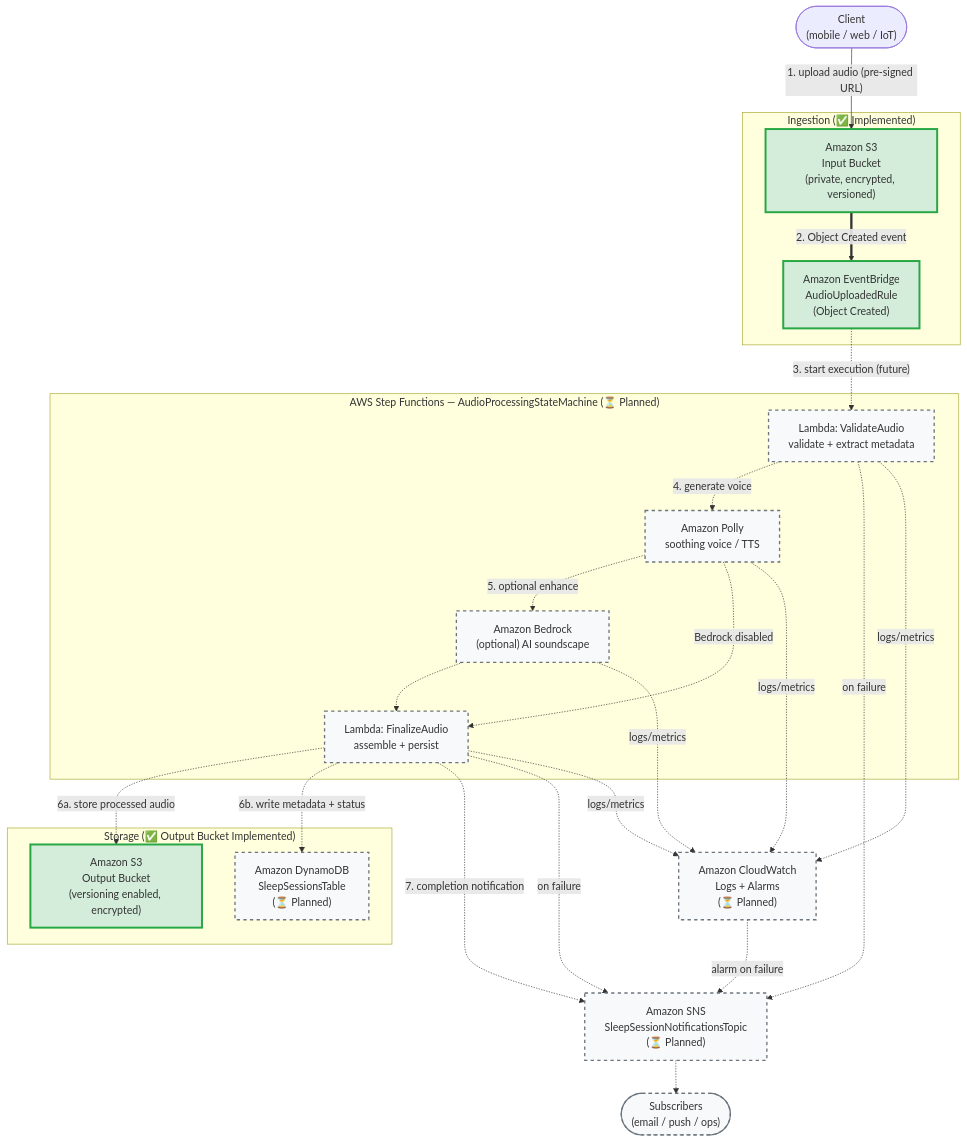
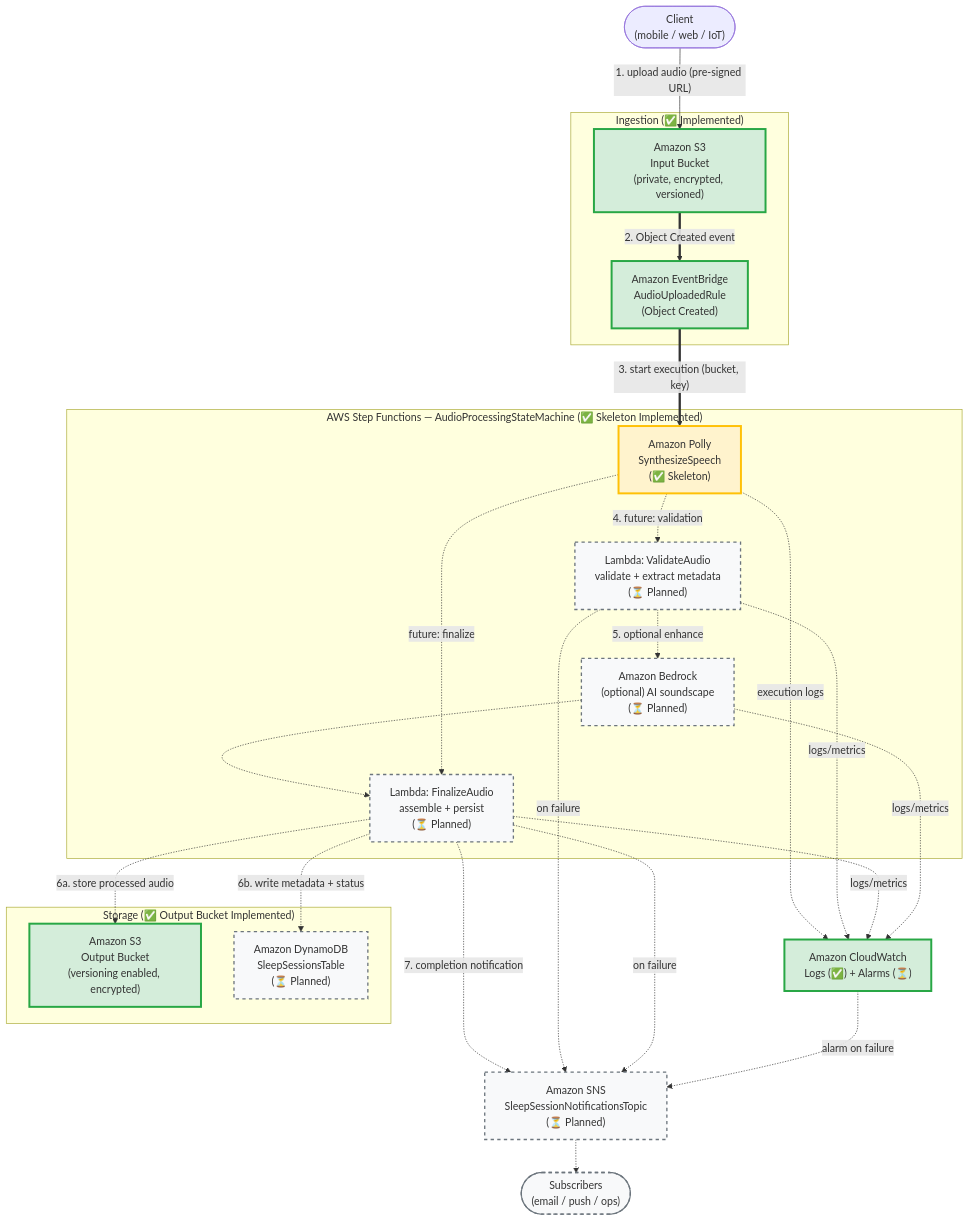
The diagram in ARCHITECTURE.md (obstreperous-ai/cdk-sleep-go-copilot), drawn with Mermaid before and after one commit. The commit also changed other lines of this file, not shown here.

First line of the commit message:
docs: Update ARCHITECTURE.md for Issue #4 - Step Functions implementation

````diff
--- a/ARCHITECTURE.md
+++ b/ARCHITECTURE.md
@@ -194,51 +225,53 @@
 ```mermaid
 flowchart TD
     Client(["Client<br/>(mobile / web / IoT)"])
 
     subgraph Ingestion ["Ingestion (✅ Implemented)"]
         S3In["Amazon S3<br/>Input Bucket<br/>(private, encrypted, versioned)"]
         EB["Amazon EventBridge<br/>AudioUploadedRule<br/>(Object Created)"]
     end
 
-    subgraph Processing["AWS Step Functions — AudioProcessingStateMachine (⏳ Planned)"]
-        Validate["Lambda: ValidateAudio<br/>validate + extract metadata"]
-        Polly["Amazon Polly<br/>soothing voice / TTS"]
-        Bedrock["Amazon Bedrock<br/>(optional) AI soundscape"]
-        Finalize["Lambda: FinalizeAudio<br/>assemble + persist"]
+    subgraph Processing["AWS Step Functions — AudioProcessingStateMachine (✅ Skeleton Implemented)"]
+        Validate["Lambda: ValidateAudio<br/>validate + extract metadata<br/>(⏳ Planned)"]
+        Polly["Amazon Polly<br/>SynthesizeSpeech<br/>(✅ Skeleton)"]
+        Bedrock["Amazon Bedrock<br/>(optional) AI soundscape<br/>(⏳ Planned)"]
+        Finalize["Lambda: FinalizeAudio<br/>assemble + persist<br/>(⏳ Planned)"]
     end
 
     subgraph Storage ["Storage (✅ Output Bucket Implemented)"]
         S3Out["Amazon S3<br/>Output Bucket<br/>(versioning enabled, encrypted)"]
         DDB["Amazon DynamoDB<br/>SleepSessionsTable<br/>(⏳ Planned)"]
     end
 
     SNS["Amazon SNS<br/>SleepSessionNotificationsTopic<br/>(⏳ Planned)"]
-    CW["Amazon CloudWatch<br/>Logs + Alarms<br/>(⏳ Planned)"]
+    CW["Amazon CloudWatch<br/>Logs (✅) + Alarms (⏳)"]
     Subs(["Subscribers<br/>(email / push / ops)"])
 
     Client -- "1. upload audio (pre-signed URL)" --> S3In
     S3In == "2. Object Created event" ==> EB
-    EB -. "3. start execution (future)" .-> Validate
-    Validate -. "4. generate voice" .-> Polly
-    Polly -. "5. optional enhance" .-> Bedrock
+    EB == "3. start execution (bucket, key)" ==> Polly
+    Polly -. "4. future: validation" .-> Validate
+    Validate -. "5. optional enhance" .-> Bedrock
     Bedrock -.-> Finalize
-    Polly -. "Bedrock disabled" .-> Finalize
+    Polly -. "future: finalize" .-> Finalize
     Finalize -. "6a. store processed audio" .-> S3Out
     Finalize -. "6b. write metadata + status" .-> DDB
     Finalize -. "7. completion notification" .-> SNS
     Validate -. "on failure" .-> SNS
     Finalize -. "on failure" .-> SNS
     SNS -.-> Subs
 
-    Validate -. logs/metrics .-> CW
-    Finalize -. logs/metrics .-> CW
-    Polly -. logs/metrics .-> CW
-    Bedrock -. logs/metrics .-> CW
+    Polly -. "execution logs" .-> CW
+    Validate -. "logs/metrics" .-> CW
+    Finalize -. "logs/metrics" .-> CW
+    Bedrock -. "logs/metrics" .-> CW
     CW -. "alarm on failure" .-> SNS
     
     classDef implemented fill:#d4edda,stroke:#28a745,stroke-width:3px;
+    classDef skeleton fill:#fff3cd,stroke:#ffc107,stroke-width:3px;
     classDef planned fill:#f8f9fa,stroke:#6c757d,stroke-width:2px,stroke-dasharray: 5 5;
     
-    class S3In,EB,S3Out implemented;
-    class Validate,Polly,Bedrock,Finalize,DDB,SNS,CW,Subs planned;
+    class S3In,EB,S3Out,CW implemented;
+    class Polly skeleton;
+    class Validate,Bedrock,Finalize,DDB,SNS,Subs planned;
 ```
````
